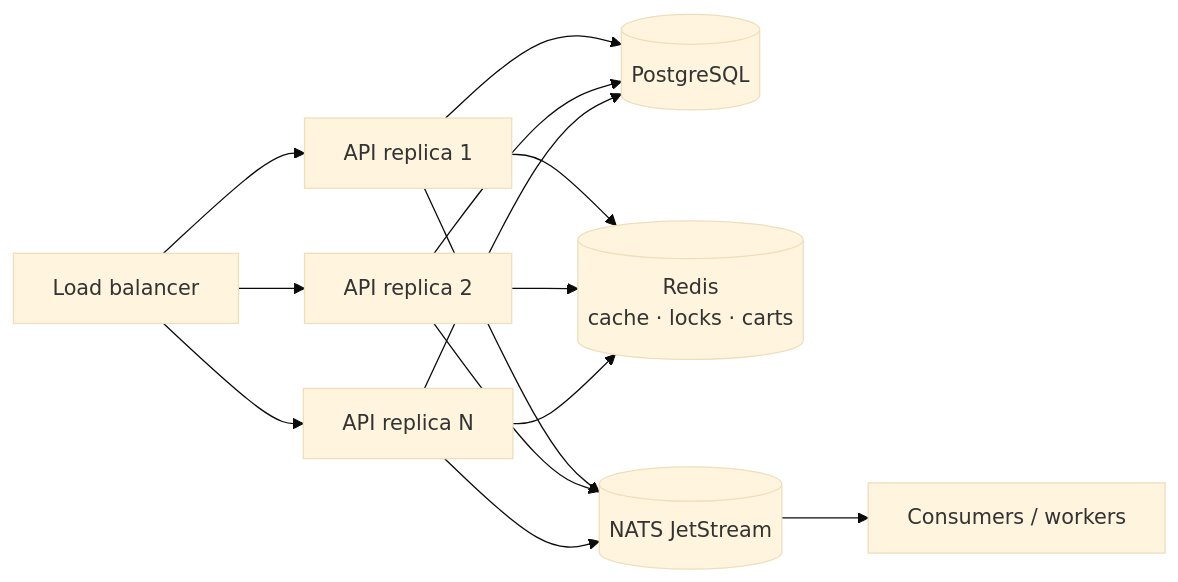
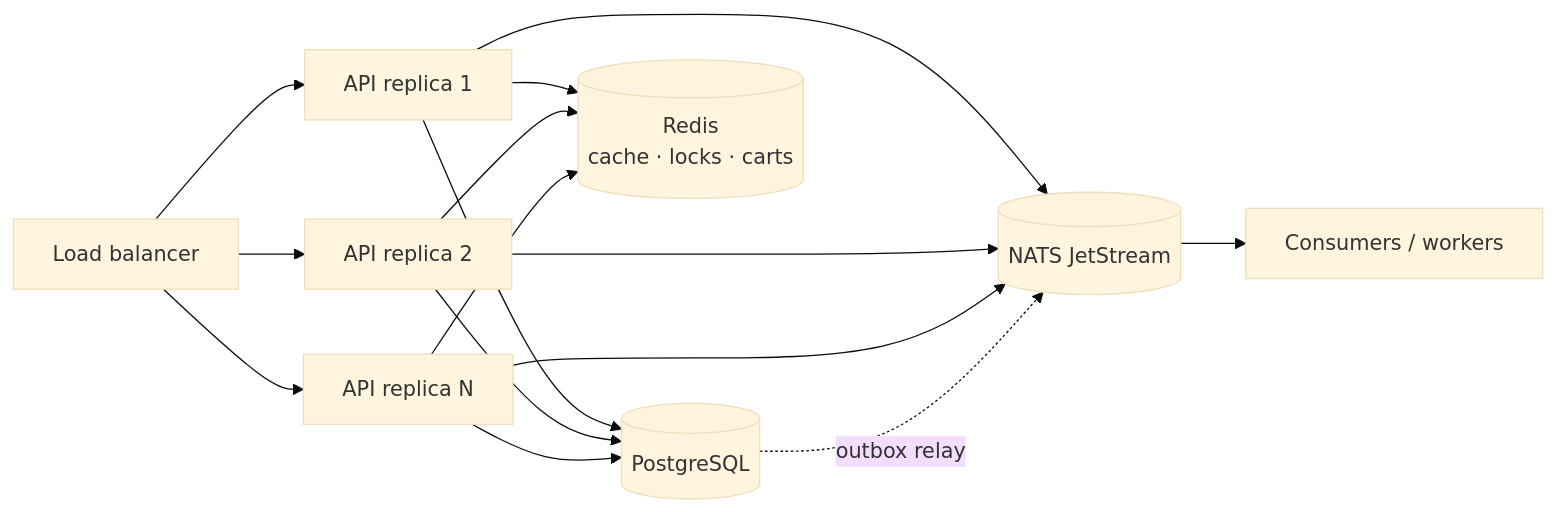
One commit to holihur/openshop changed the diagram in README.md. Above: the diagram before and after it, drawn with Mermaid (base theme). The commit also changed other lines of this file and 44 other files, not shown here.

````diff
--- a/README.md
+++ b/README.md
@@ -46,10 +48,11 @@
 ```mermaid
 flowchart LR
     LB[Load balancer] --> A1[API replica 1]
     LB --> A2[API replica 2]
     LB --> A3[API replica N]
     A1 & A2 & A3 --> PG[(PostgreSQL)]
     A1 & A2 & A3 --> R[(Redis\ncache · locks · carts)]
     A1 & A2 & A3 --> N[(NATS JetStream)]
+    PG -. outbox relay .-> N
     N --> W1[Consumers / workers]
 ```
````
